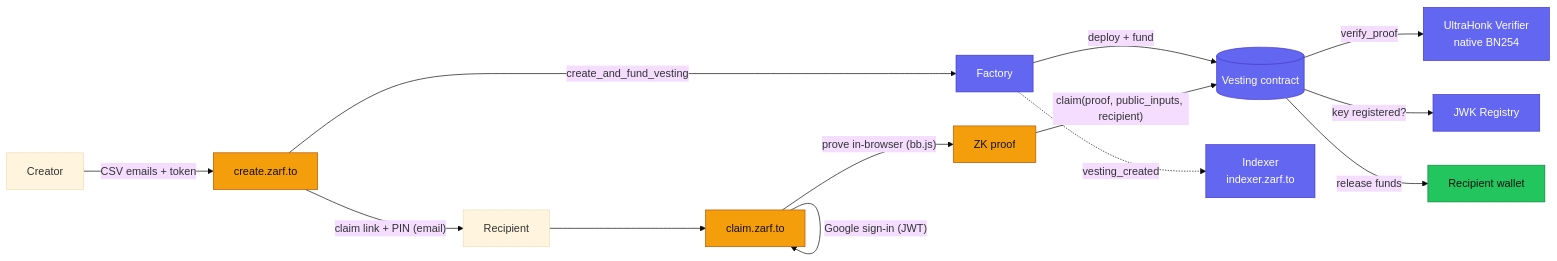
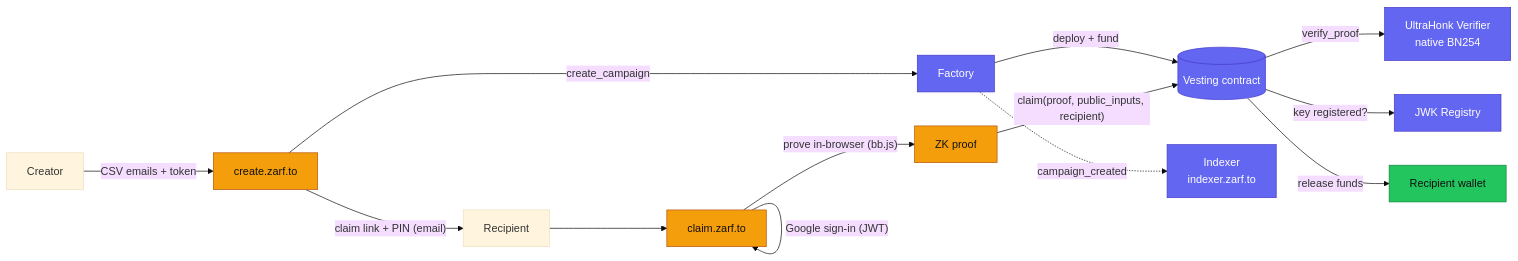
Before and after one commit to trionlabs/zarf: the diagram in web/apps/docs/src/content/docs/developers/architecture.md, drawn with Mermaid (base theme). The commit also changed other lines of this file and 22 other files, not shown here.

````diff
--- a/web/apps/docs/src/content/docs/developers/architecture.md
+++ b/web/apps/docs/src/content/docs/developers/architecture.md
@@ -28,22 +28,22 @@
 ```mermaid
 flowchart LR
   CR["Creator"] -->|"CSV emails + token"| CA["create.zarf.to"]
-  CA -->|"create_and_fund_vesting"| F["Factory"]
+  CA -->|"create_campaign"| F["Factory"]
   F -->|"deploy + fund"| VEST[("Vesting contract")]
-  F -. "vesting_created" .-> IDX["Indexer<br/>indexer.zarf.to"]
+  F -. "campaign_created" .-> IDX["Indexer<br/>indexer.zarf.to"]
   CA -->|"claim link + PIN (email)"| REM["Recipient"]
   REM --> CL["claim.zarf.to"]
   CL -->|"Google sign-in (JWT)"| CL
   CL -->|"prove in-browser (bb.js)"| PRF["ZK proof"]
   PRF -->|"claim(proof, public_inputs, recipient)"| VEST
   VEST -->|"verify_proof"| VER["UltraHonk Verifier<br/>native BN254"]
   VEST -->|"key registered?"| JWK["JWK Registry"]
   VEST -->|"release funds"| WAL["Recipient wallet"]
 
   classDef private fill:#f59e0b,stroke:#b45309,color:#111;
   classDef onchain fill:#6366f1,stroke:#4338ca,color:#fff;
   classDef funds fill:#22c55e,stroke:#15803d,color:#111;
   class CA,CL,PRF private;
   class F,VEST,VER,JWK,IDX onchain;
   class WAL funds;
 ```
````
